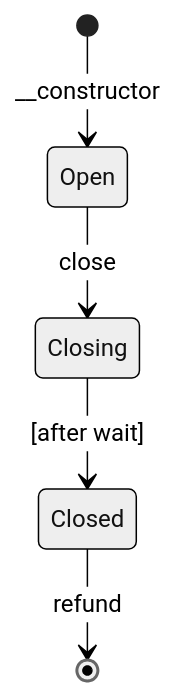
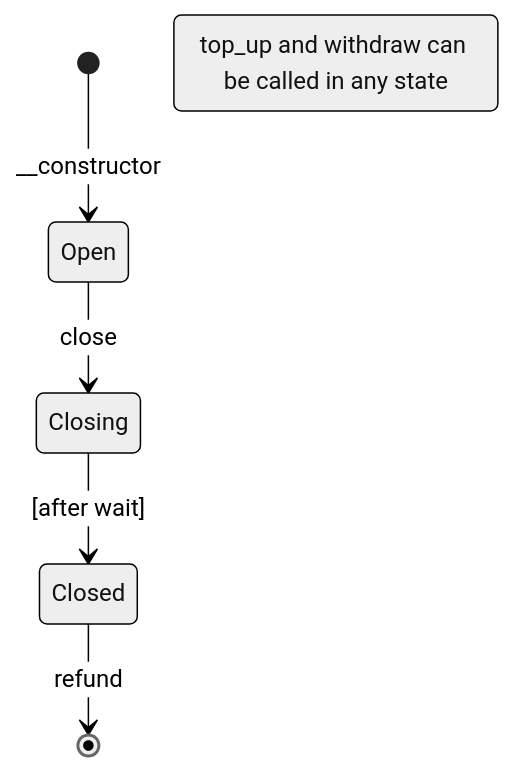
One commit to stellar-experimental/one-way-channel changed the diagram in README.md. Above: the diagram before and after it, drawn with Mermaid (neutral theme). The commit also changed other lines of this file and 1 other file, not shown here.

Commit message:
move top_up/withdraw note into state diagram

````diff
--- a/README.md
+++ b/README.md
@@ -38,7 +38,8 @@
 ```mermaid
 stateDiagram-v2
     [*] --> Open: __constructor
     Open --> Closing: close
     Closing --> Closed: [after wait]
     Closed --> [*]: refund
+    state "top_up and withdraw can be called in any state" as note
 ```
````
